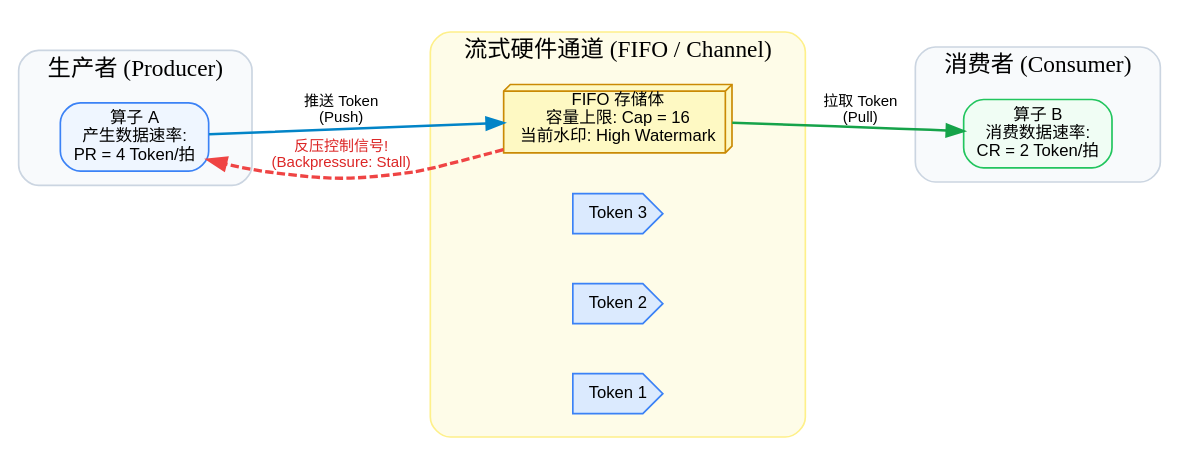
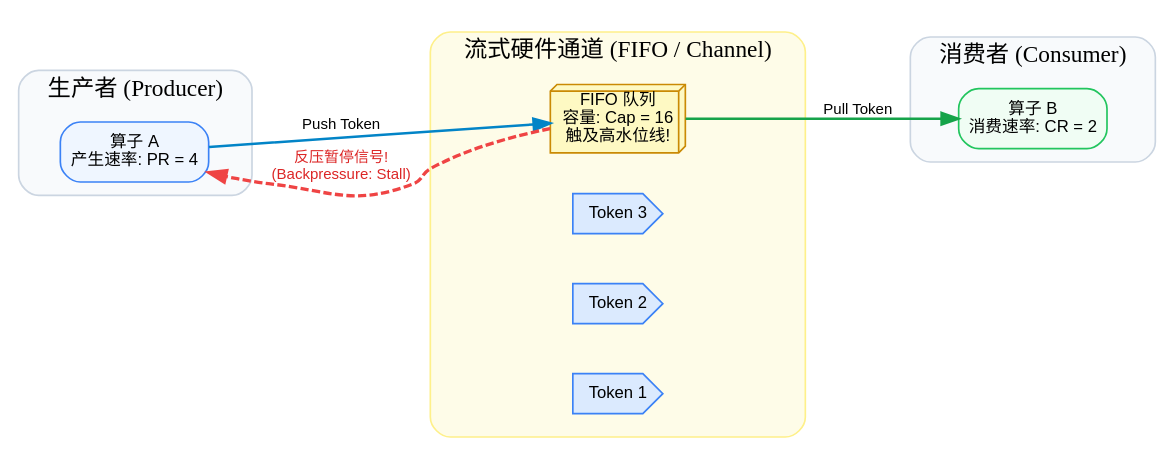
One commit to hqu-little-boy/blog changed the fifth of 8 diagrams in src/content/posts/dsl-design-paradigms-streaming-pipeline-and-hardware-execution-guide.md. Above: the diagram before and after it, drawn with Graphviz. The commit also changed other lines of this file, not shown here.

````diff
--- a/src/content/posts/dsl-design-paradigms-streaming-pipeline-and-hardware-execution-guide.md
+++ b/src/content/posts/dsl-design-paradigms-streaming-pipeline-and-hardware-execution-guide.md
@@ -405,44 +474,38 @@
 ```graphviz
 digraph Streaming_Mechanisms {
     rankdir=LR;
     node [shape=box, style="rounded,filled", fontname="Google Sans,sans-serif", fontsize=10];
     edge [fontname="Google Sans,sans-serif", fontsize=9, color="#64748b"];
 
     subgraph cluster_producer {
         label="生产者 (Producer)";
         style="solid,rounded";
         bgcolor="#f8fafc";
         color="#cbd5e1";
-
-        PROD [label="算子 A\n产生数据速率:\nPR = 4 Token/拍", fillcolor="#eff6ff", color="#3b82f6"];
+        PROD [label="算子 A\n产生速率: PR = 4", fillcolor="#eff6ff", color="#3b82f6"];
     }
 
     subgraph cluster_channel {
         label="流式硬件通道 (FIFO / Channel)";
         style="solid,rounded";
         bgcolor="#fefce8";
         color="#fef08a";
-
-        FIFO [label="FIFO 存储体\n容量上限: Cap = 16\n当前水印: High Watermark", shape=box3d, fillcolor="#fef9c3", color="#ca8a04"];
+        FIFO [label="FIFO 队列\n容量: Cap = 16\n触及高水位线!", shape=box3d, fillcolor="#fef9c3", color="#ca8a04"];
         T1 [label="Token 3", shape=cds, fillcolor="#dbeafe", color="#3b82f6"];
         T2 [label="Token 2", shape=cds, fillcolor="#dbeafe", color="#3b82f6"];
         T3 [label="Token 1", shape=cds, fillcolor="#dbeafe", color="#3b82f6"];
     }
 
     subgraph cluster_consumer {
         label="消费者 (Consumer)";
         style="solid,rounded";
         bgcolor="#f8fafc";
         color="#cbd5e1";
-
-        CONS [label="算子 B\n消费数据速率:\nCR = 2 Token/拍", fillcolor="#f0fdf4", color="#22c55e"];
+        CONS [label="算子 B\n消费速率: CR = 2", fillcolor="#f0fdf4", color="#22c55e"];
     }
 
-    PROD -> FIFO [label="推送 Token\n(Push)", color="#0284c7", penwidth=1.5];
-    FIFO -> CONS [label="拉取 Token\n(Pull)", color="#16a34a", penwidth=1.5];
-    
-    // 反压信号线
-    CONS -> FIFO [style=invis];
-    FIFO -> PROD [label="反压控制信号!\n(Backpressure: Stall)", color="#ef4444", fontcolor="#dc2626", style="dashed", penwidth=2.0];
+    PROD -> FIFO [label="Push Token", color="#0284c7", penwidth=1.5];
+    FIFO -> CONS [label="Pull Token", color="#16a34a", penwidth=1.5];
+    FIFO -> PROD [label="反压暂停信号!\n(Backpressure: Stall)", color="#ef4444", fontcolor="#dc2626", style="dashed", penwidth=2.0];
 }
 ```
````
